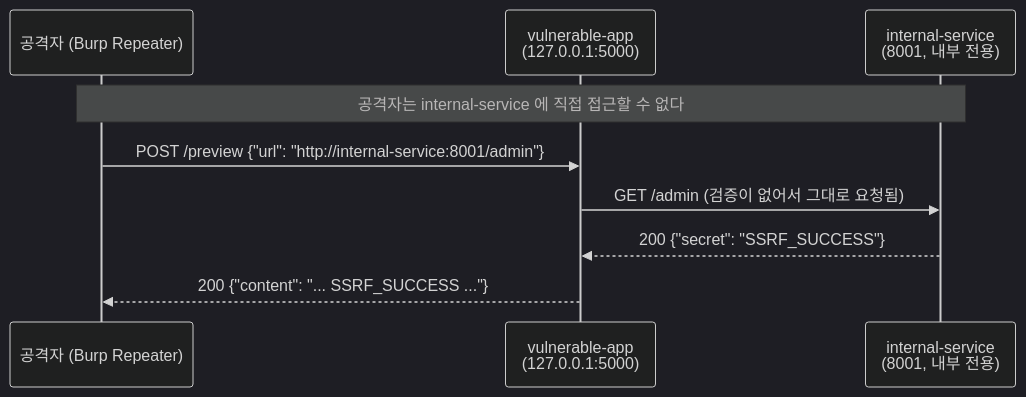
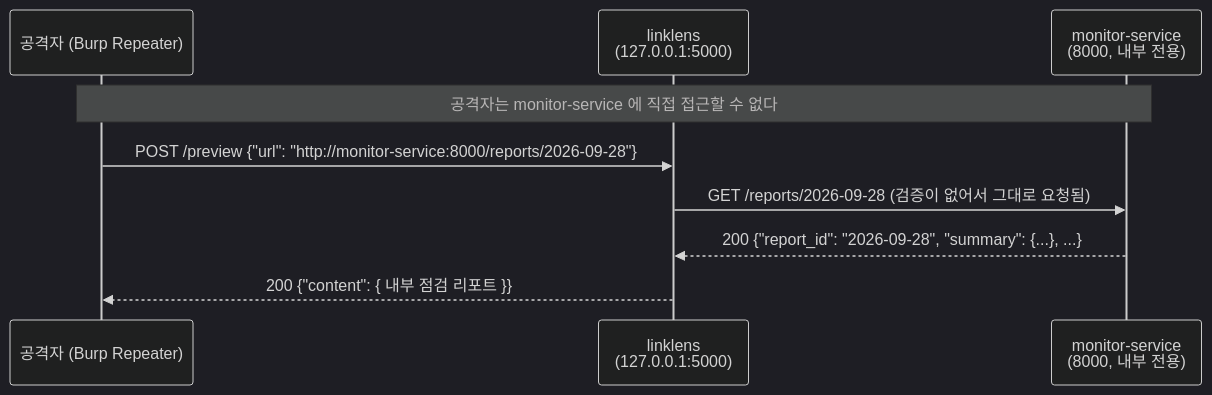
The second of 3 diagrams in README.md (ddubi-sh/ssrf-security-lab), drawn with Mermaid (dark theme) before and after one commit. The commit also changed other lines of this file, not shown here.

````diff
--- a/README.md
+++ b/README.md
@@ -107,12 +124,12 @@
 ```mermaid
 sequenceDiagram
     participant U as 공격자 (Burp Repeater)
-    participant V as vulnerable-app<br/>(127.0.0.1:5000)
-    participant I as internal-service<br/>(8001, 내부 전용)
+    participant V as linklens<br/>(127.0.0.1:5000)
+    participant M as monitor-service<br/>(8000, 내부 전용)
 
-    Note over U,I: 공격자는 internal-service 에 직접 접근할 수 없다
-    U->>V: POST /preview {"url": "http://internal-service:8001/admin"}
-    V->>I: GET /admin  (검증이 없어서 그대로 요청됨)
-    I-->>V: 200 {"secret": "SSRF_SUCCESS"}
-    V-->>U: 200 {"content": "... SSRF_SUCCESS ..."}
+    Note over U,M: 공격자는 monitor-service 에 직접 접근할 수 없다
+    U->>V: POST /preview {"url": "http://monitor-service:8000/reports/2026-09-28"}
+    V->>M: GET /reports/2026-09-28  (검증이 없어서 그대로 요청됨)
+    M-->>V: 200 {"report_id": "2026-09-28", "summary": {...}, ...}
+    V-->>U: 200 {"content": { 내부 점검 리포트 }}
 ```
````
